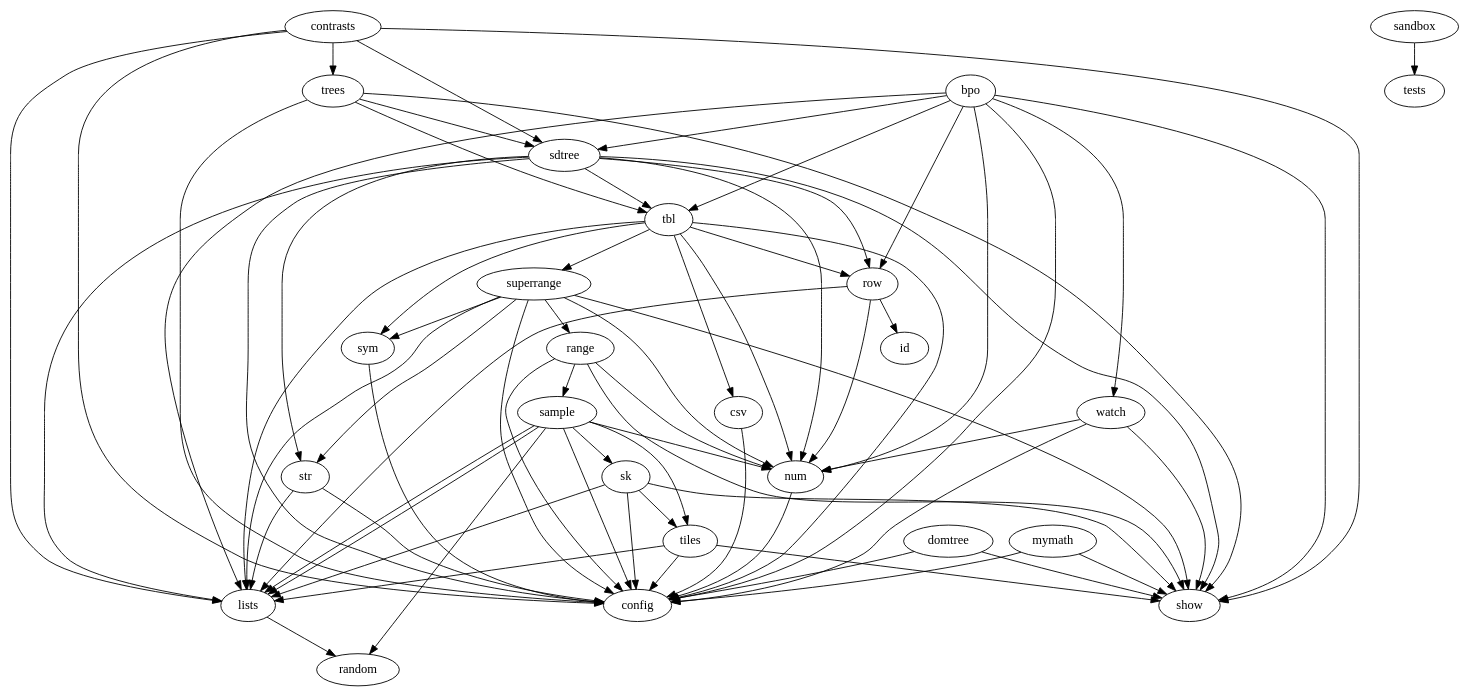
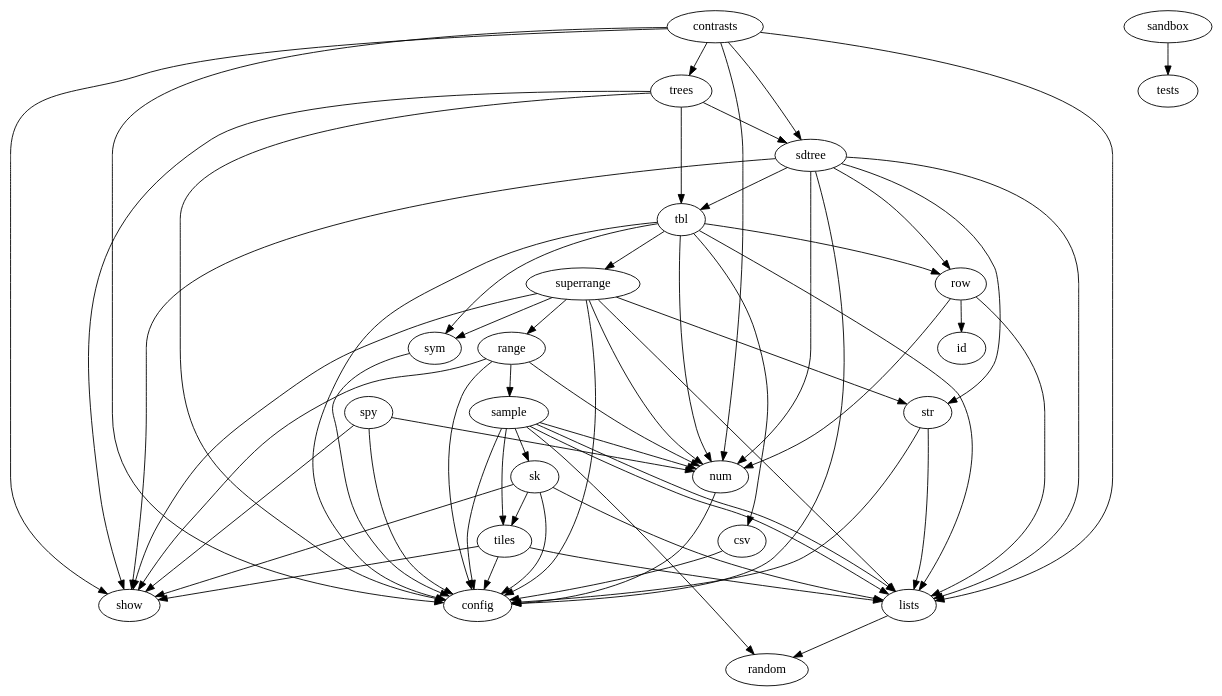
Before and after one commit to lualure/info: the diagram in docs/depends.dot, drawn with Graphviz. The commit also changed 37 other files, not shown here.

```diff
--- a/docs/depends.dot
+++ b/docs/depends.dot
@@ -1,75 +1,64 @@
 digraph G {
-	bpo -> show;
-	bpo -> config;
-	bpo -> lists;
-	bpo -> tbl;
-	bpo -> sdtree;
-	bpo -> row;
-	bpo -> num;
-	bpo -> watch;
 	contrasts -> show;
 	contrasts -> config;
 	contrasts -> sdtree;
 	contrasts -> trees;
 	contrasts -> lists;
+	contrasts -> num;
 	csv -> config;
-	domtree -> show;
-	domtree -> config;
 	lists -> random;
-	mymath -> show;
-	mymath -> config;
 	num -> config;
 	range -> show;
 	range -> config;
 	range -> num;
 	range -> sample;
 	row -> id;
 	row -> lists;
 	row -> num;
 	sample -> config;
 	sample -> random;
 	sample -> lists;
 	sample -> num;
 	sample -> tiles;
 	sample -> lists;
 	sample -> sk;
 	sandbox -> tests;
 	sdtree -> show;
 	sdtree -> config;
 	sdtree -> num;
 	sdtree -> lists;
 	sdtree -> row;
 	sdtree -> tbl;
 	sdtree -> str;
 	sk -> show;
 	sk -> config;
 	sk -> tiles;
 	sk -> lists;
+	spy -> show;
+	spy -> config;
+	spy -> num;
 	str -> config;
 	str -> lists;
 	superrange -> show;
 	superrange -> config;
 	superrange -> num;
 	superrange -> sym;
 	superrange -> range;
 	superrange -> lists;
 	superrange -> str;
 	sym -> config;
 	tbl -> config;
 	tbl -> num;
 	tbl -> sym;
 	tbl -> row;
 	tbl -> csv;
 	tbl -> lists;
 	tbl -> superrange;
 	tiles -> show;
 	tiles -> config;
 	tiles -> lists;
 	trees -> show;
 	trees -> config;
 	trees -> tbl;
 	trees -> sdtree;
-	watch -> show;
-	watch -> config;
-	watch -> num;
 }
```
